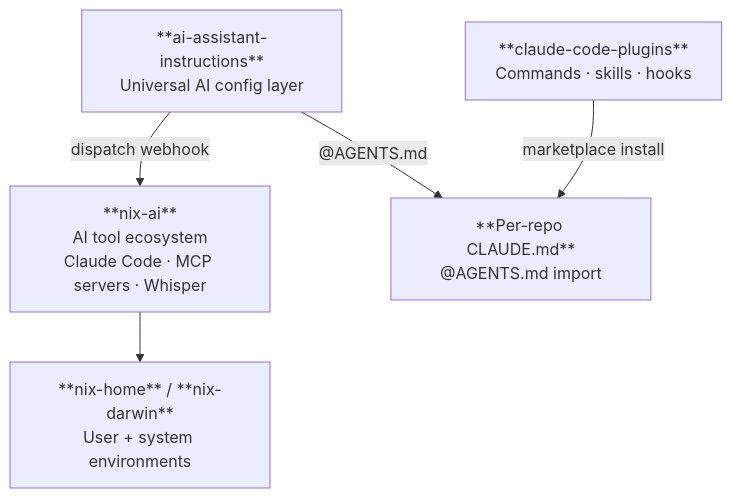
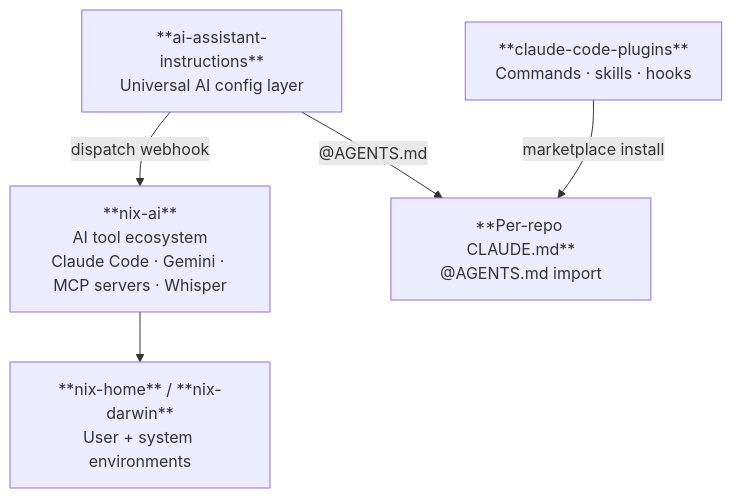
Before and after one commit to dryvist/ai-assistant-instructions: the diagram in README.md, drawn with Mermaid. The commit also changed other lines of this file and 5 other files, not shown here.

First line of the commit message:
fix(docs): address Copilot review comments on diagrams

````diff
--- a/README.md
+++ b/README.md
@@ -28,15 +28,15 @@
 ```mermaid
 graph TD
     AAI["**ai-assistant-instructions**\nUniversal AI config layer"]
 
-    NixAI["**nix-ai**\nAI tool ecosystem\nClaude Code · MCP servers · Whisper"]
+    NixAI["**nix-ai**\nAI tool ecosystem\nClaude Code · Gemini · MCP servers · Whisper"]
     NixHome["**nix-home** / **nix-darwin**\nUser + system environments"]
 
     Plugins["**claude-code-plugins**\nCommands · skills · hooks"]
     PerRepo["**Per-repo CLAUDE.md**\n@AGENTS.md import"]
 
     AAI -->|"dispatch webhook"| NixAI
     AAI -->|"@AGENTS.md"| PerRepo
     Plugins -->|"marketplace install"| PerRepo
     NixAI --> NixHome
 ```
````
